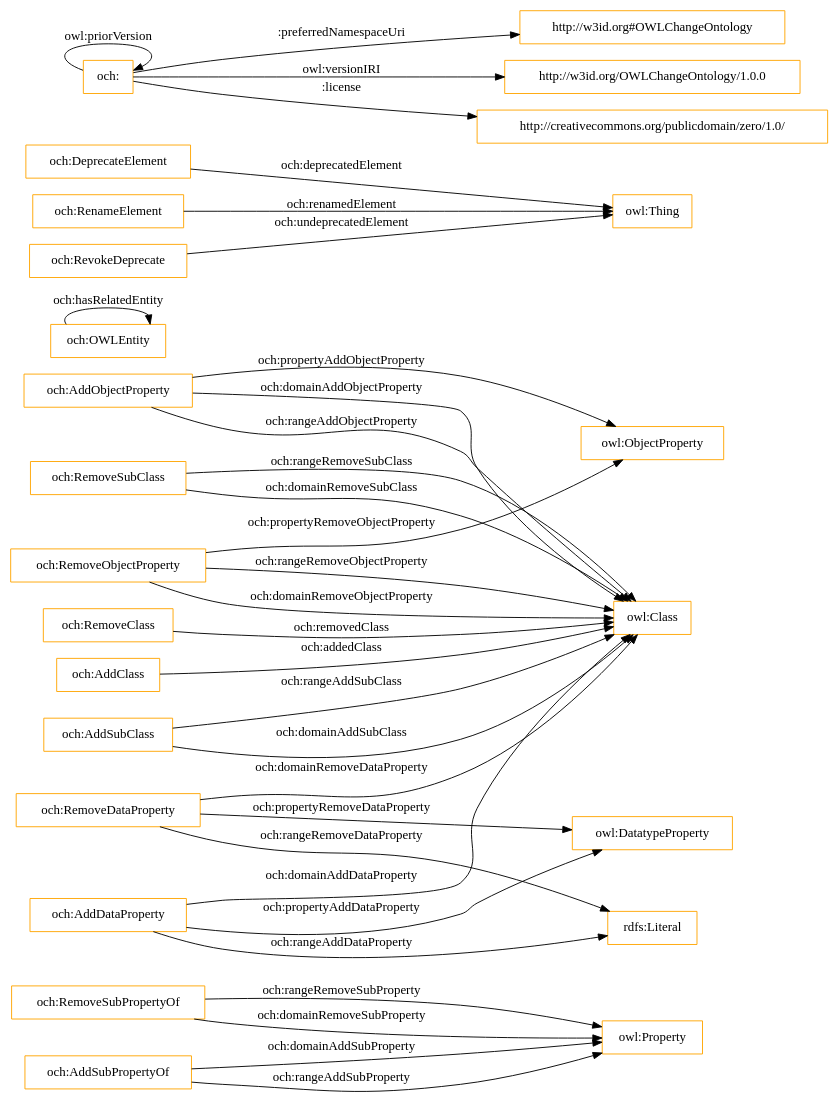
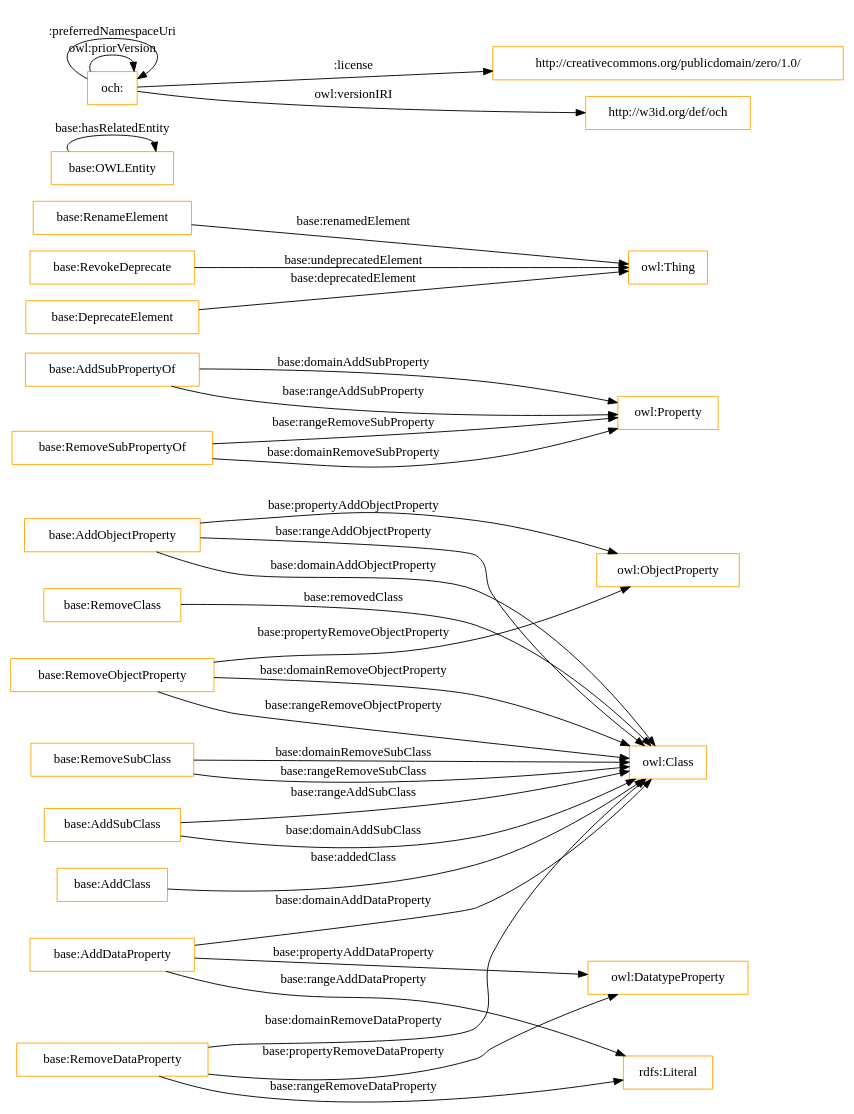
Before and after one commit to oeg-upm/OWLChangeOntology: the diagram in OnToology/ontology.ttl/diagrams/ar2dtool-class/ontology.ttl.png.dot, drawn with Graphviz. The commit also changed 12 other files, not shown here.

```diff
--- a/OnToology/ontology.ttl/diagrams/ar2dtool-class/ontology.ttl.png.dot
+++ b/OnToology/ontology.ttl/diagrams/ar2dtool-class/ontology.ttl.png.dot
@@ -1,36 +1,36 @@
 digraph ar2dtool_diagram { 
 rankdir=LR;
 size="1501"
-node [shape = rectangle, color="orange"]; "och:RemoveSubPropertyOf" "och:RemoveDataProperty" "och:OWLEntity" "och:AddSubClass" "och:DeprecateElement" "och:RenameElement" "owl:ObjectProperty" "och:AddObjectProperty" "och:RemoveSubClass" "och:AddSubPropertyOf" "och:RemoveObjectProperty" "och:RemoveClass" "owl:Class" "och:AddDataProperty" "och:RevokeDeprecate" "och:AddClass" ; /*classes style*/
-	"och:" -> "http://w3id.org#OWLChangeOntology" [ label = ":preferredNamespaceUri" ];
+node [shape = rectangle, color="orange"]; "base:AddSubClass" "owl:Property" "base:AddSubPropertyOf" "base:AddClass" "base:AddObjectProperty" "base:RenameElement" "base:RemoveSubClass" "base:RemoveObjectProperty" "base:RevokeDeprecate" "owl:ObjectProperty" "base:OWLEntity" "base:RemoveDataProperty" "base:RemoveClass" "base:DeprecateElement" "owl:Class" "base:RemoveSubPropertyOf" "base:AddDataProperty" "owl:DatatypeProperty" ; /*classes style*/
 	"och:" -> "och:" [ label = "owl:priorVersion" ];
-	"och:" -> "http://w3id.org/OWLChangeOntology/1.0.0" [ label = "owl:versionIRI" ];
 	"och:" -> "http://creativecommons.org/publicdomain/zero/1.0/" [ label = ":license" ];
-	"och:RemoveObjectProperty" -> "owl:ObjectProperty" [ label = "och:propertyRemoveObjectProperty" ];
-	"och:RemoveSubClass" -> "owl:Class" [ label = "och:domainRemoveSubClass" ];
-	"och:AddClass" -> "owl:Class" [ label = "och:addedClass" ];
-	"och:OWLEntity" -> "och:OWLEntity" [ label = "och:hasRelatedEntity" ];
-	"och:AddSubClass" -> "owl:Class" [ label = "och:rangeAddSubClass" ];
-	"och:AddDataProperty" -> "rdfs:Literal" [ label = "och:rangeAddDataProperty" ];
-	"och:AddDataProperty" -> "owl:DatatypeProperty" [ label = "och:propertyAddDataProperty" ];
-	"och:RevokeDeprecate" -> "owl:Thing" [ label = "och:undeprecatedElement" ];
-	"och:RemoveDataProperty" -> "owl:DatatypeProperty" [ label = "och:propertyRemoveDataProperty" ];
-	"och:AddSubClass" -> "owl:Class" [ label = "och:domainAddSubClass" ];
-	"och:AddObjectProperty" -> "owl:ObjectProperty" [ label = "och:propertyAddObjectProperty" ];
-	"och:AddObjectProperty" -> "owl:Class" [ label = "och:domainAddObjectProperty" ];
-	"och:RemoveSubPropertyOf" -> "owl:Property" [ label = "och:rangeRemoveSubProperty" ];
-	"och:RemoveDataProperty" -> "rdfs:Literal" [ label = "och:rangeRemoveDataProperty" ];
-	"och:RemoveDataProperty" -> "owl:Class" [ label = "och:domainRemoveDataProperty" ];
-	"och:AddSubPropertyOf" -> "owl:Property" [ label = "och:domainAddSubProperty" ];
-	"och:RemoveClass" -> "owl:Class" [ label = "och:removedClass" ];
-	"och:RemoveObjectProperty" -> "owl:Class" [ label = "och:rangeRemoveObjectProperty" ];
-	"och:RemoveSubPropertyOf" -> "owl:Property" [ label = "och:domainRemoveSubProperty" ];
-	"och:AddObjectProperty" -> "owl:Class" [ label = "och:rangeAddObjectProperty" ];
-	"och:RemoveSubClass" -> "owl:Class" [ label = "och:rangeRemoveSubClass" ];
-	"och:AddSubPropertyOf" -> "owl:Property" [ label = "och:rangeAddSubProperty" ];
-	"och:RenameElement" -> "owl:Thing" [ label = "och:renamedElement" ];
-	"och:RemoveObjectProperty" -> "owl:Class" [ label = "och:domainRemoveObjectProperty" ];
-	"och:AddDataProperty" -> "owl:Class" [ label = "och:domainAddDataProperty" ];
-	"och:DeprecateElement" -> "owl:Thing" [ label = "och:deprecatedElement" ];
+	"och:" -> "http://w3id.org/def/och" [ label = "owl:versionIRI" ];
+	"och:" -> "och:" [ label = ":preferredNamespaceUri" ];
+	"base:RemoveDataProperty" -> "rdfs:Literal" [ label = "base:rangeRemoveDataProperty" ];
+	"base:AddObjectProperty" -> "owl:Class" [ label = "base:rangeAddObjectProperty" ];
+	"base:AddObjectProperty" -> "owl:Class" [ label = "base:domainAddObjectProperty" ];
+	"base:DeprecateElement" -> "owl:Thing" [ label = "base:deprecatedElement" ];
+	"base:RemoveSubPropertyOf" -> "owl:Property" [ label = "base:rangeRemoveSubProperty" ];
+	"base:RemoveSubPropertyOf" -> "owl:Property" [ label = "base:domainRemoveSubProperty" ];
+	"base:RemoveObjectProperty" -> "owl:Class" [ label = "base:domainRemoveObjectProperty" ];
+	"base:AddDataProperty" -> "rdfs:Literal" [ label = "base:rangeAddDataProperty" ];
+	"base:RemoveSubClass" -> "owl:Class" [ label = "base:domainRemoveSubClass" ];
+	"base:AddSubPropertyOf" -> "owl:Property" [ label = "base:domainAddSubProperty" ];
+	"base:AddClass" -> "owl:Class" [ label = "base:addedClass" ];
+	"base:RemoveObjectProperty" -> "owl:ObjectProperty" [ label = "base:propertyRemoveObjectProperty" ];
+	"base:RevokeDeprecate" -> "owl:Thing" [ label = "base:undeprecatedElement" ];
+	"base:AddDataProperty" -> "owl:Class" [ label = "base:domainAddDataProperty" ];
+	"base:RemoveSubClass" -> "owl:Class" [ label = "base:rangeRemoveSubClass" ];
+	"base:AddDataProperty" -> "owl:DatatypeProperty" [ label = "base:propertyAddDataProperty" ];
+	"base:OWLEntity" -> "base:OWLEntity" [ label = "base:hasRelatedEntity" ];
+	"base:AddObjectProperty" -> "owl:ObjectProperty" [ label = "base:propertyAddObjectProperty" ];
+	"base:RenameElement" -> "owl:Thing" [ label = "base:renamedElement" ];
+	"base:AddSubClass" -> "owl:Class" [ label = "base:rangeAddSubClass" ];
+	"base:RemoveDataProperty" -> "owl:DatatypeProperty" [ label = "base:propertyRemoveDataProperty" ];
+	"base:RemoveClass" -> "owl:Class" [ label = "base:removedClass" ];
+	"base:RemoveDataProperty" -> "owl:Class" [ label = "base:domainRemoveDataProperty" ];
+	"base:RemoveObjectProperty" -> "owl:Class" [ label = "base:rangeRemoveObjectProperty" ];
+	"base:AddSubPropertyOf" -> "owl:Property" [ label = "base:rangeAddSubProperty" ];
+	"base:AddSubClass" -> "owl:Class" [ label = "base:domainAddSubClass" ];
 
 }
```
